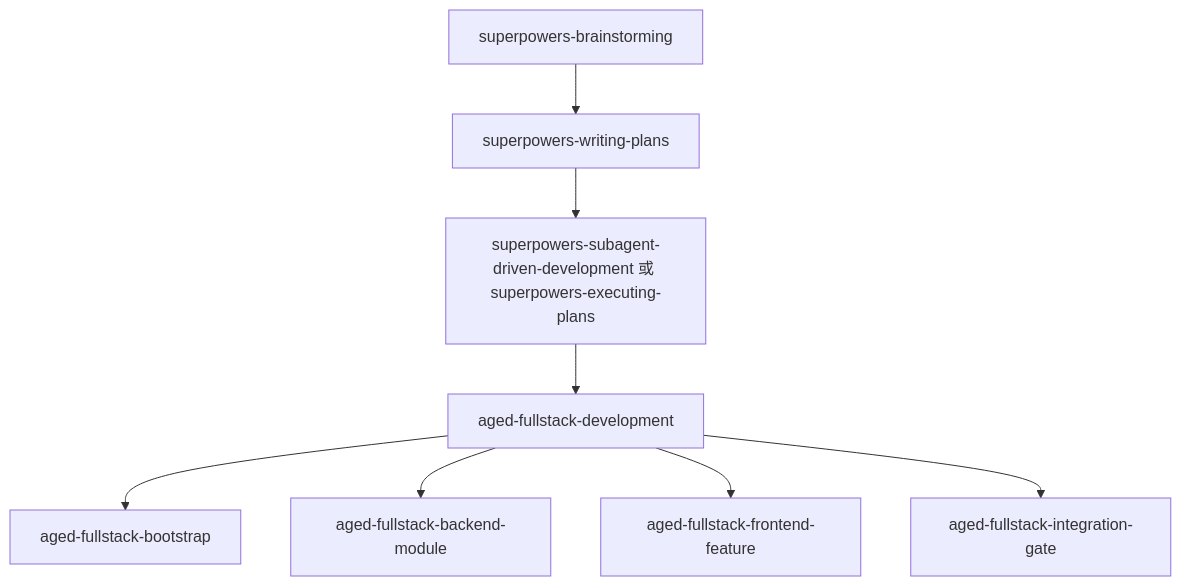
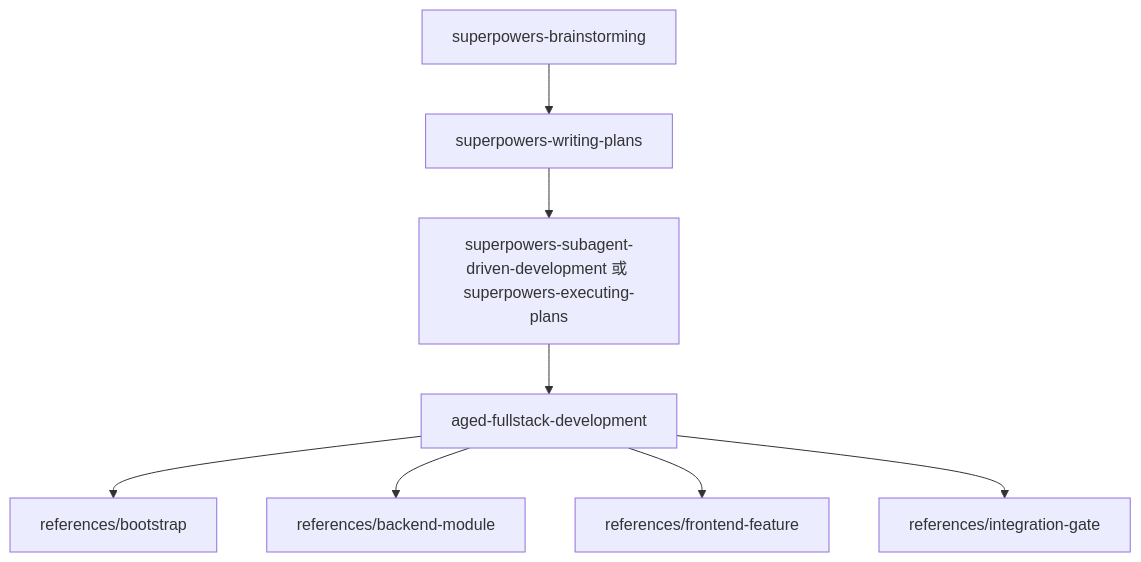
Before and after one commit to klaaay/spec-toolkit: the diagram in apps/spec-kit-app/public/commands-packages/aged-fullstack/workflow.md, drawn with Mermaid. The commit also changed other lines of this file and 7 other files, not shown here.

First line of the commit message:
refactor: merge aged-fullstack skills into development references

````diff
--- a/apps/spec-kit-app/public/commands-packages/aged-fullstack/workflow.md
+++ b/apps/spec-kit-app/public/commands-packages/aged-fullstack/workflow.md
@@ -38,10 +37,10 @@
 ```mermaid
 flowchart TD
     A[superpowers-brainstorming] --> B[superpowers-writing-plans]
     B --> C[superpowers-subagent-driven-development 或 superpowers-executing-plans]
     C --> D[aged-fullstack-development]
-    D --> E[aged-fullstack-bootstrap]
-    D --> F[aged-fullstack-backend-module]
-    D --> G[aged-fullstack-frontend-feature]
-    D --> H[aged-fullstack-integration-gate]
+    D --> E[references/bootstrap]
+    D --> F[references/backend-module]
+    D --> G[references/frontend-feature]
+    D --> H[references/integration-gate]
 ```
````
